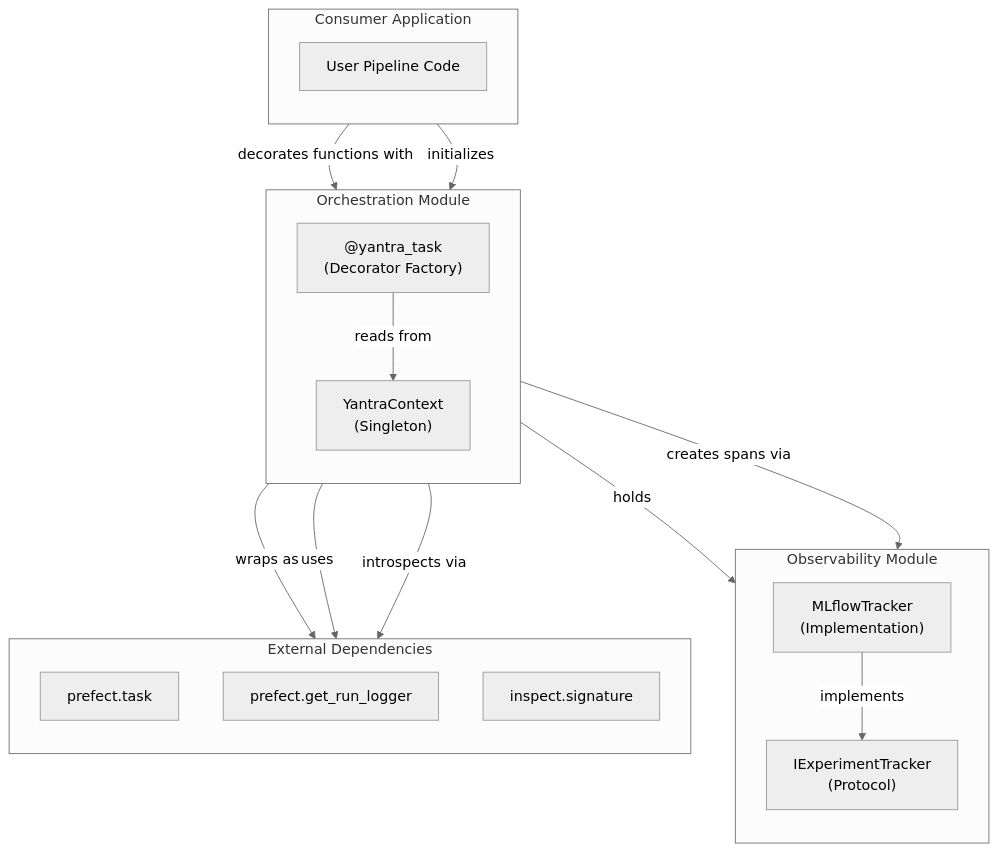
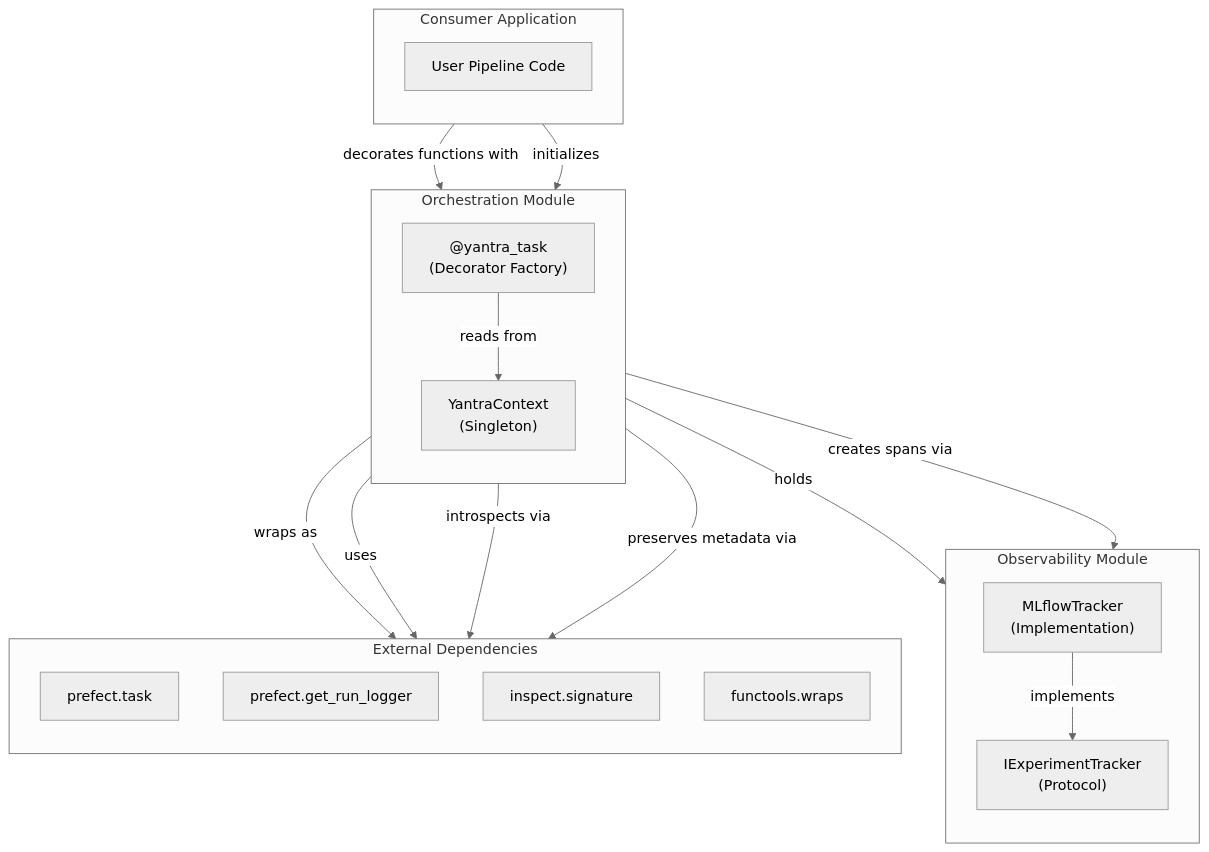
Before and after one commit to NikhilVijayakumar/Yantra: the third of 6 diagrams in docs/paper/modules/orchestration/architecture.md, drawn with Mermaid (neutral theme). The commit also changed other lines of this file and 24 other files, not shown here.

````diff
--- a/docs/paper/modules/orchestration/architecture.md
+++ b/docs/paper/modules/orchestration/architecture.md
@@ -102,36 +102,38 @@
 ```mermaid
 flowchart TD
     subgraph "Orchestration Module"
         direction TB
         CTX["YantraContext\n(Singleton)"]
         DEC["@yantra_task\n(Decorator Factory)"]
     end
 
     subgraph "Observability Module"
         direction TB
         PROTO["IExperimentTracker\n(Protocol)"]
         MLF["MLflowTracker\n(Implementation)"]
     end
 
     subgraph "External Dependencies"
         direction TB
         PF["prefect.task"]
         PL["prefect.get_run_logger"]
         INS["inspect.signature"]
+        FN["functools.wraps"]
     end
 
     subgraph "Consumer Application"
         direction TB
         APP["User Pipeline Code"]
     end
 
     CTX -->|holds| PROTO
     DEC -->|reads from| CTX
     DEC -->|wraps as| PF
     DEC -->|uses| PL
     DEC -->|introspects via| INS
+    DEC -->|preserves metadata via| FN
     DEC -->|creates spans via| PROTO
     MLF -->|implements| PROTO
     APP -->|decorates functions with| DEC
     APP -->|initializes| CTX
 ```
````
